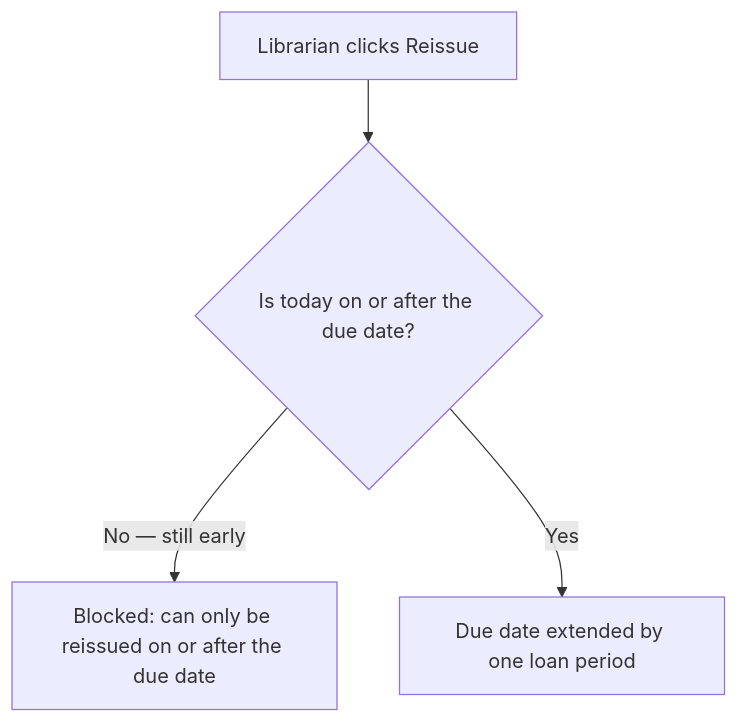
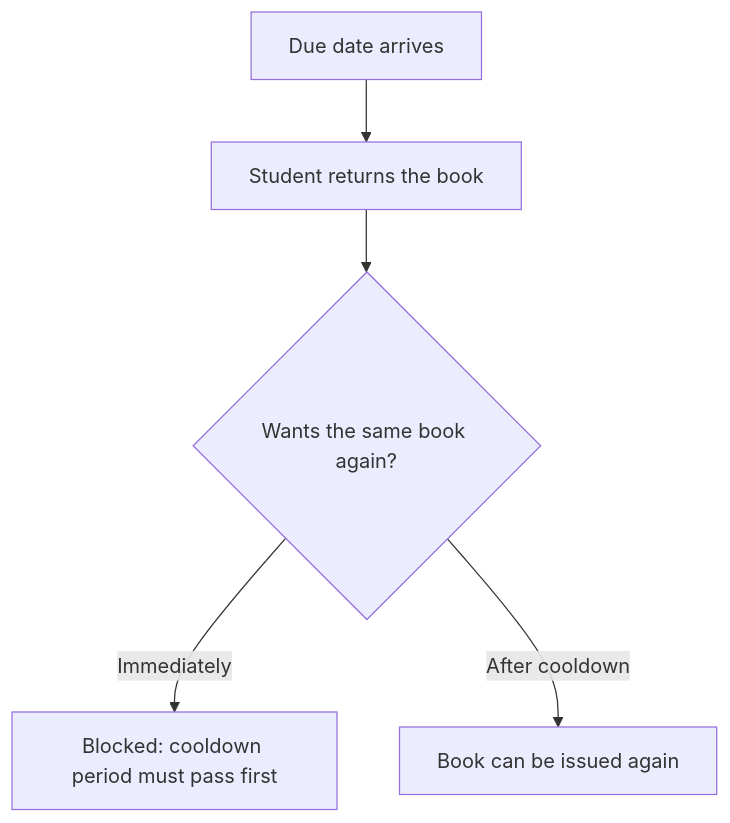
The sixth of 7 diagrams in FLOWCHART.md (Viveksharma8542/Libsys), drawn with Mermaid before and after one commit. The commit also changed other lines of this file and 8 other files, not shown here.

Commit message:
remove reissue; book report downloads; no-due certificate

````diff
--- a/FLOWCHART.md
+++ b/FLOWCHART.md
@@ -195,6 +194,7 @@
 ```mermaid
 flowchart TD
-    A[Librarian clicks Reissue] --> B{Is today on or after the due date?}
-    B -->|No — still early| C[Blocked: can only be reissued on or after the due date]
-    B -->|Yes| D[Due date extended by one loan period]
+    A[Due date arrives] --> B[Student returns the book]
+    B --> C{Wants the same book again?}
+    C -->|Immediately| D[Blocked: cooldown period must pass first]
+    C -->|After cooldown| E[Book can be issued again]
 ```
````
